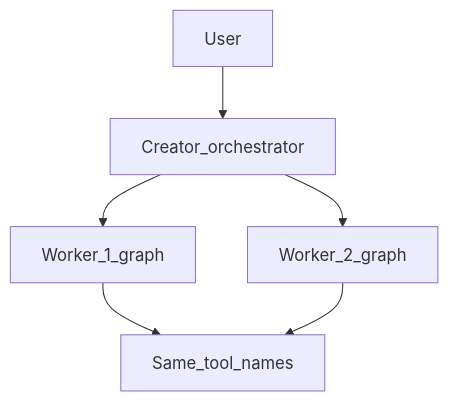
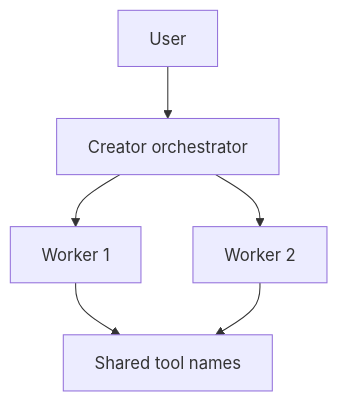
One commit to threenebula23/Lorne changed the diagram in wiki/MODES/creator.md. Above: the diagram before and after it, drawn with Mermaid. The commit also changed 5 other files, not shown here.

````diff
--- a/wiki/MODES/creator.md
+++ b/wiki/MODES/creator.md
@@ -11,8 +11,8 @@
 ```mermaid
 flowchart TB
-  user[User] --> creator[Creator_orchestrator]
-  creator --> w1[Worker_1_graph]
-  creator --> w2[Worker_2_graph]
-  w1 --> tools[Same_tool_names]
-  w2 --> tools
+  userNode[User] --> creatorNode[Creator orchestrator]
+  creatorNode --> worker1Node[Worker 1]
+  creatorNode --> worker2Node[Worker 2]
+  worker1Node --> toolsNode[Shared tool names]
+  worker2Node --> toolsNode
 ```
````
